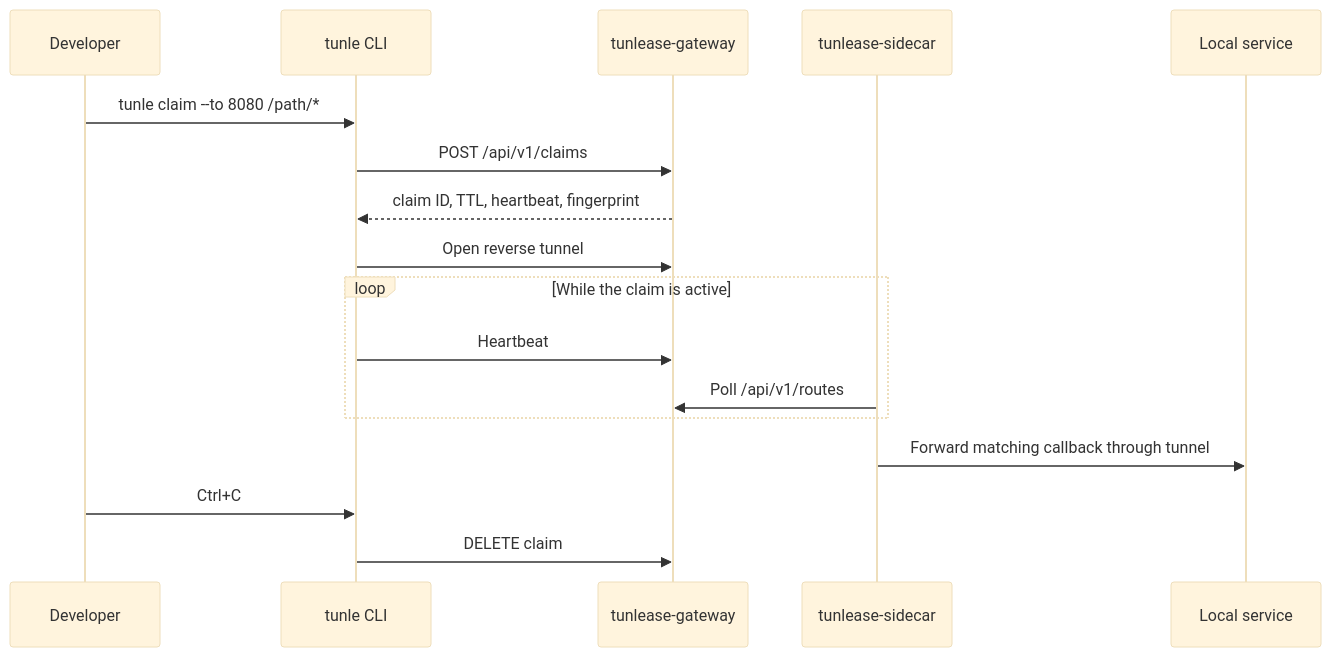
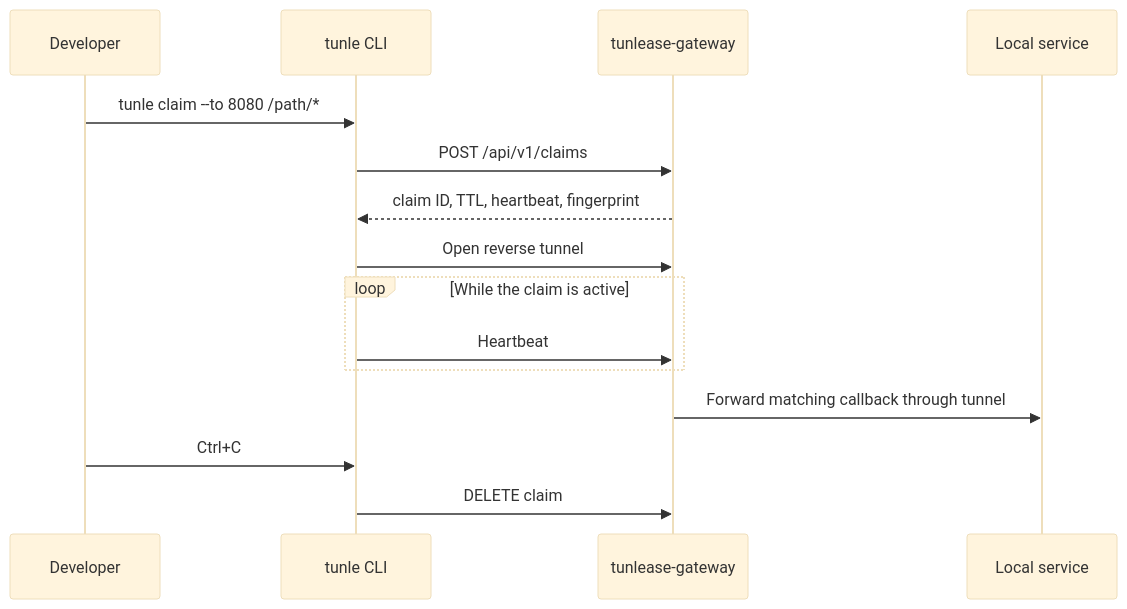
One commit to iml885203/tunlease changed the third of 3 diagrams in docs/architecture.md. Above: the diagram before and after it, drawn with Mermaid (base theme). The commit also changed other lines of this file and 31 other files, not shown here.

````diff
--- a/docs/architecture.md
+++ b/docs/architecture.md
@@ -71,20 +73,18 @@
 ```mermaid
 sequenceDiagram
     participant Dev as Developer
     participant CLI as tunle CLI
     participant GW as tunlease-gateway
-    participant SC as tunlease-sidecar
     participant Local as Local service
 
     Dev->>CLI: tunle claim --to 8080 /path/*
     CLI->>GW: POST /api/v1/claims
     GW-->>CLI: claim ID, TTL, heartbeat, fingerprint
     CLI->>GW: Open reverse tunnel
     loop While the claim is active
         CLI->>GW: Heartbeat
-        SC->>GW: Poll /api/v1/routes
     end
-    SC->>Local: Forward matching callback through tunnel
+    GW->>Local: Forward matching callback through tunnel
     Dev->>CLI: Ctrl+C
     CLI->>GW: DELETE claim
 ```
````
